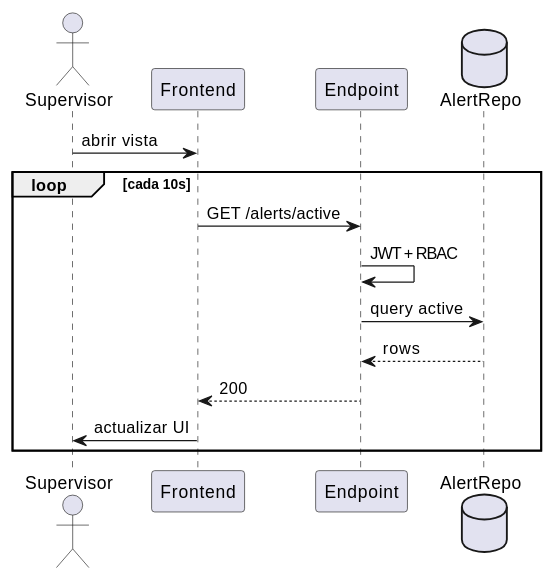
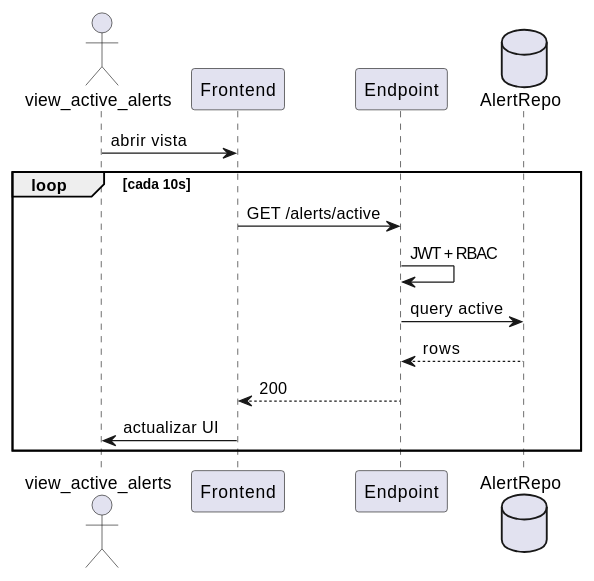
The fourth of 4 diagrams in source/requisitos/casos-uso/alerts/uc-alr-02/diagramas-uml.rst (jcg-admin/IACT-docs), drawn with PlantUML before and after one commit. The commit also changed other lines of this file and 77 other files, not shown here.

First line of the commit message:
Enforce RBAC function names as actors in all UML diagrams

```diff
--- a/source/requisitos/casos-uso/alerts/uc-alr-02/diagramas-uml.rst
+++ b/source/requisitos/casos-uso/alerts/uc-alr-02/diagramas-uml.rst
@@ -59,18 +59,18 @@
 .. uml::
 
  @startuml
- actor "Supervisor" as S
+ actor "view_active_alerts" as S
  participant "Frontend" as FE
  participant "Endpoint" as E
  database "AlertRepo" as A
 
  S -> FE: abrir vista
  loop cada 10s
    FE -> E: GET /alerts/active
    E -> E: JWT + RBAC
    E -> A: query active
    A --> E: rows
    E --> FE: 200
    FE -> S: actualizar UI
  end
  @enduml
```
